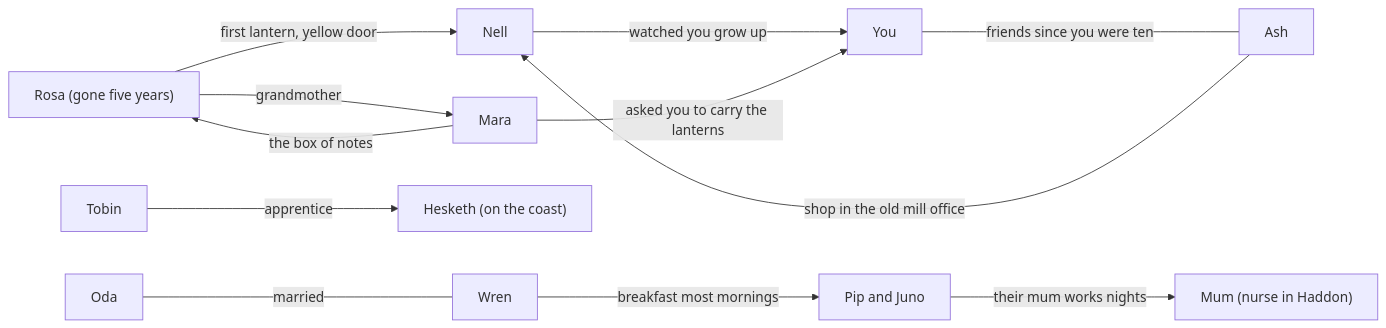
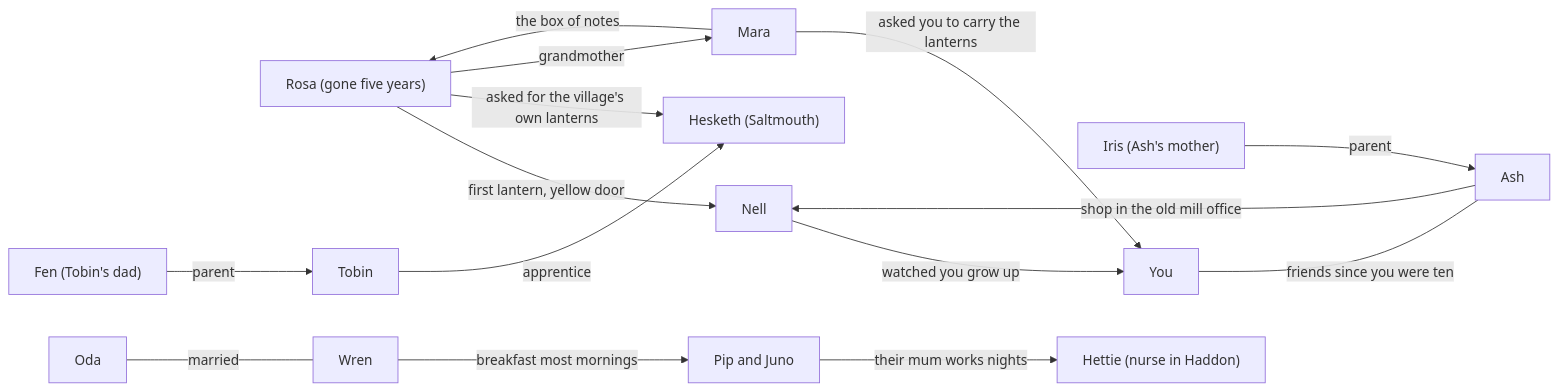
The diagram in CHARACTERS.md (lucycchi/DBT-game), drawn with Mermaid before and after one commit. The commit also changed other lines of this file and 24 other files, not shown here.

````diff
--- a/CHARACTERS.md
+++ b/CHARACTERS.md
@@ -123,14 +133,17 @@
 ```mermaid
 flowchart LR
   rosa["Rosa (gone five years)"] -- "first lantern, yellow door" --> nell[Nell]
+  rosa -- "asked for the village's own lanterns" --> hesketh
+  iris["Iris (Ash's mother)"] -- "parent" --> ash
+  fen["Fen (Tobin's dad)"] -- "parent" --> tobin
   rosa -- "grandmother" --> mara[Mara]
   mara -- "the box of notes" --> rosa
   you[You] -- "friends since you were ten" --- ash[Ash]
   nell -- "watched you grow up" --> you
   ash -- "shop in the old mill office" --> nell
-  tobin[Tobin] -- "apprentice" --> hesketh["Hesketh (on the coast)"]
+  tobin[Tobin] -- "apprentice" --> hesketh["Hesketh (Saltmouth)"]
   oda[Oda] -- "married" --- wren[Wren]
   wren -- "breakfast most mornings" --> kids[Pip and Juno]
-  kids -- "their mum works nights" --> mum["Mum (nurse in Haddon)"]
+  kids -- "their mum works nights" --> mum["Hettie (nurse in Haddon)"]
   mara -- "asked you to carry the lanterns" --> you
 ```
````
